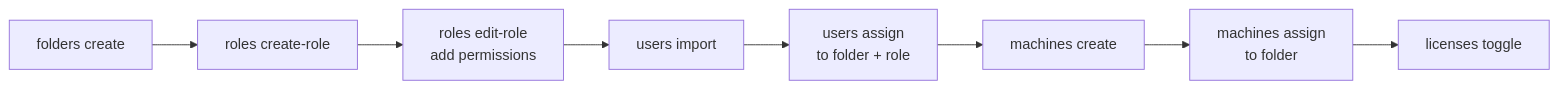
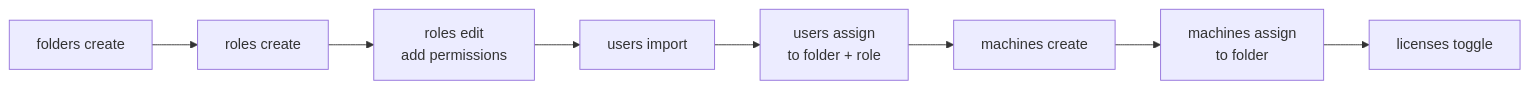
One commit to UiPath/skills changed the diagram in skills/uipath-orchestrator/references/setup-environment.md. Above: the diagram before and after it, drawn with Mermaid. The commit also changed other lines of this file and 5 other files, not shown here.

````diff
--- a/skills/uipath-orchestrator/references/setup-environment.md
+++ b/skills/uipath-orchestrator/references/setup-environment.md
@@ -24,10 +24,10 @@
 ```mermaid
 graph LR
-    A[folders create] --> B[roles create-role]
-    B --> C[roles edit-role<br/>add permissions]
+    A[folders create] --> B[roles create]
+    B --> C[roles edit<br/>add permissions]
     C --> D[users import]
     D --> E[users assign<br/>to folder + role]
     E --> F[machines create]
     F --> G[machines assign<br/>to folder]
     G --> H[licenses toggle]
 ```
````
